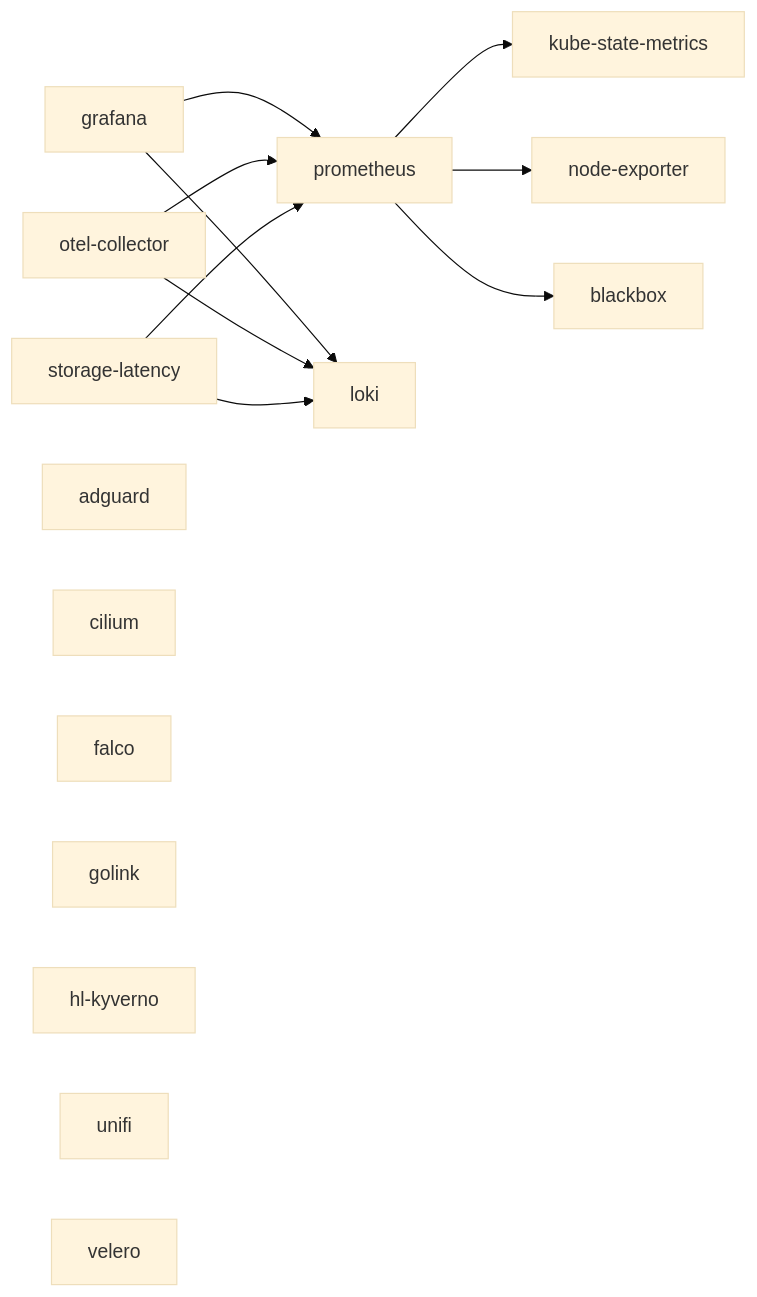
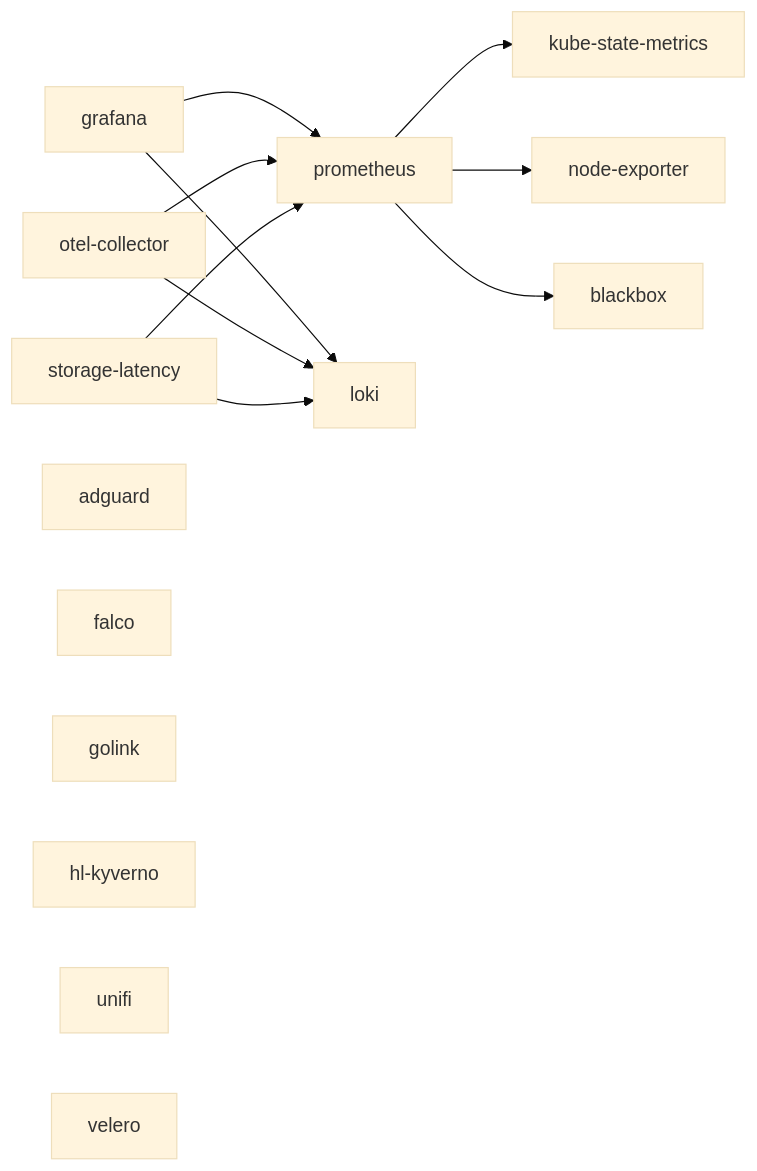
Before and after one commit to ariel-extending851/homelab: the diagram in docs/services/README.md, drawn with Mermaid (base theme). The commit also changed other lines of this file and 5 other files, not shown here.

````diff
--- a/docs/services/README.md
+++ b/docs/services/README.md
@@ -36,19 +35,18 @@
 ```mermaid
 graph LR
   grafana --> prometheus
   grafana --> loki
   otel-collector --> loki
   otel-collector --> prometheus
   prometheus --> kube-state-metrics
   prometheus --> node-exporter
   prometheus --> blackbox
   storage-latency --> prometheus
   storage-latency --> loki
   adguard
-  cilium
   falco
   golink
   hl-kyverno
   unifi
   velero
 ```
````
